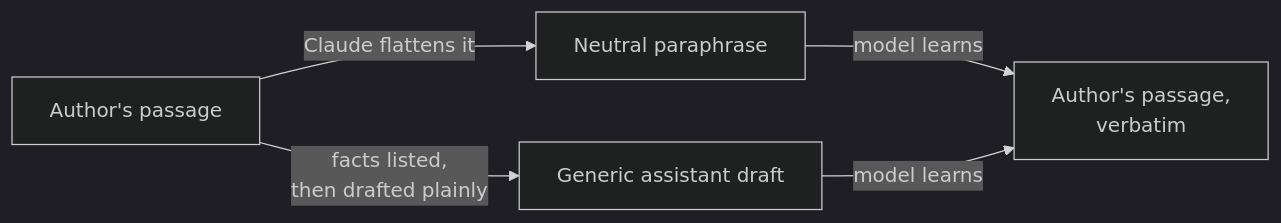
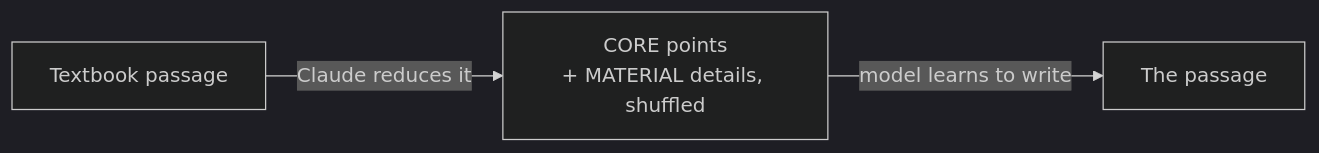
Before and after one commit to anatu/quill: the second of 2 diagrams in README.md, drawn with Mermaid (dark theme). The commit also changed other lines of this file and 34 other files, not shown here.

````diff
--- a/README.md
+++ b/README.md
@@ -150,7 +94,5 @@
 ```mermaid
 flowchart LR
-    A[Author's passage] -->|Claude flattens it| P[Neutral paraphrase]
-    A -->|facts listed,<br/>then drafted plainly| D[Generic assistant draft]
-    P -->|model learns| T[Author's passage,<br/>verbatim]
-    D -->|model learns| T
+    A[Textbook passage] -->|Claude reduces it| N[CORE points<br/>+ MATERIAL details, shuffled]
+    N -->|model learns to write| T[The passage]
 ```
````
